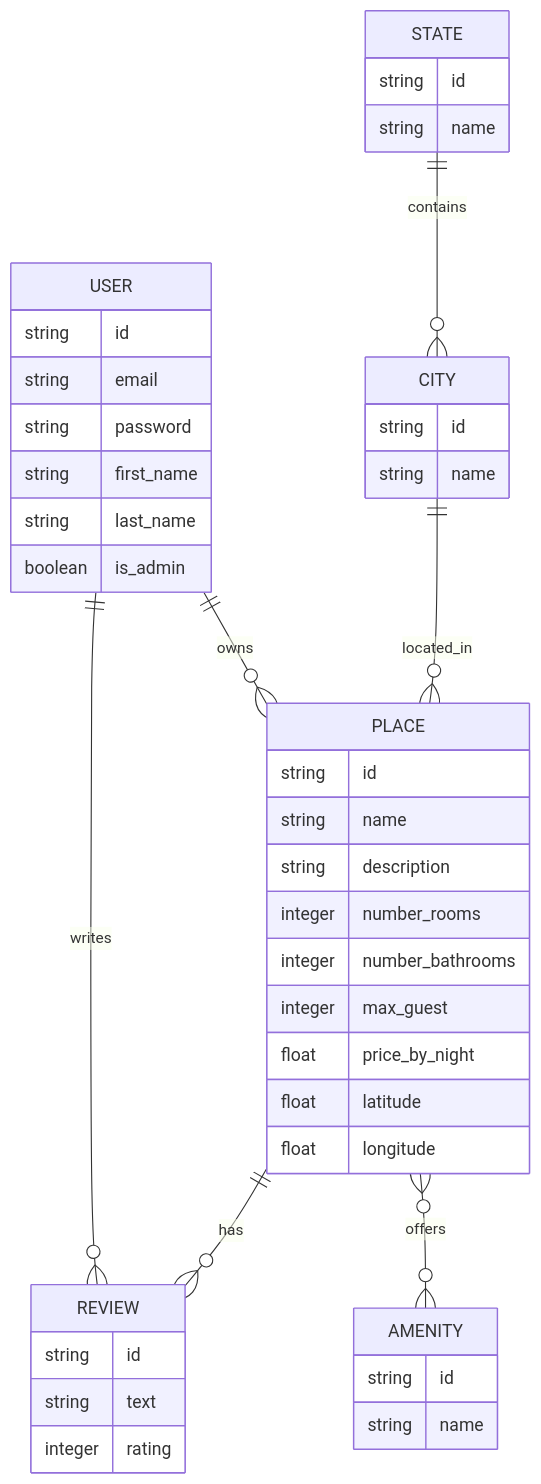
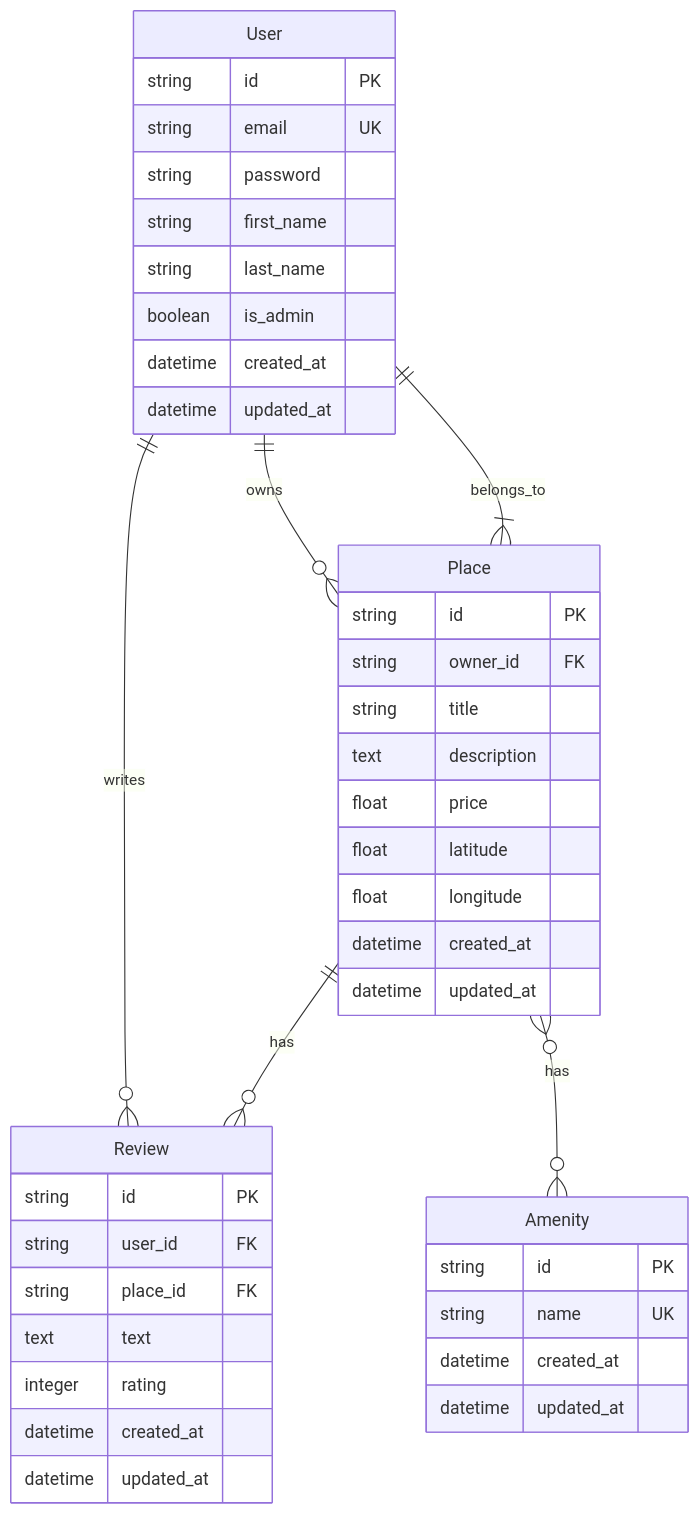
One commit to rst777/holbertonschool-hbnb changed the fourth of 17 diagrams in part3/README.md. Above: the diagram before and after it, drawn with Mermaid. The commit also changed other lines of this file and 1448 other files, not shown here.

````diff
--- a/part3/README.md
+++ b/part3/README.md
@@ -208,51 +237,48 @@
 ```mermaid
 erDiagram
-    USER ||--o{ PLACE : owns
-    USER ||--o{ REVIEW : writes
-    PLACE ||--o{ REVIEW : has
-    PLACE }o--o{ AMENITY : offers
-    STATE ||--o{ CITY : contains
-    CITY ||--o{ PLACE : located_in
+    User ||--o{ Place : owns
+    User ||--o{ Review : writes
+    Place ||--o{ Review : has
+    Place }|--|| User : belongs_to
+    Place }o--o{ Amenity : has
 
-    USER {
-        string id
-        string email
+    User {
+        string id PK
+        string email UK
         string password
         string first_name
         string last_name
         boolean is_admin
+        datetime created_at
+        datetime updated_at
     }
 
-    PLACE {
-        string id
-        string name
-        string description
-        integer number_rooms
-        integer number_bathrooms
-        integer max_guest
-        float price_by_night
+    Place {
+        string id PK
+        string owner_id FK
+        string title
+        text description
+        float price
         float latitude
         float longitude
+        datetime created_at
+        datetime updated_at
     }
 
-    STATE {
-        string id
-        string name
+    Review {
+        string id PK
+        string user_id FK
+        string place_id FK
+        text text
+        integer rating
+        datetime created_at
+        datetime updated_at
     }
 
-    CITY {
-        string id
-        string name
-    }
-
-    AMENITY {
-        string id
-        string name
-    }
-
-    REVIEW {
-        string id
-        string text
-        integer rating
+    Amenity {
+        string id PK
+        string name UK
+        datetime created_at
+        datetime updated_at
     }
 ```
````
